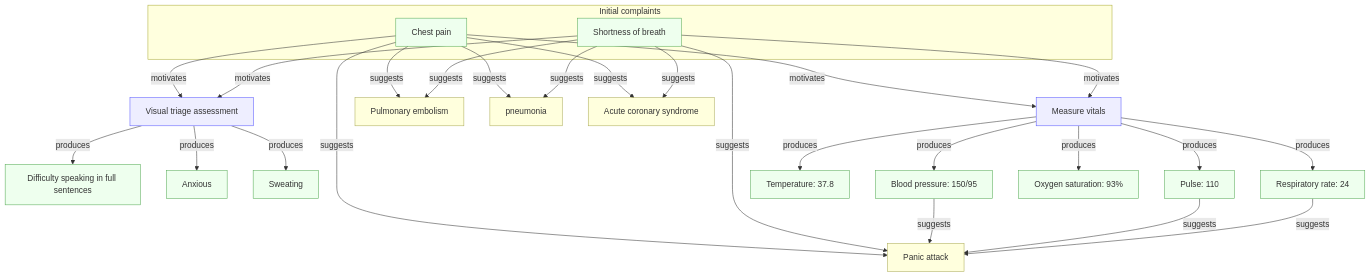
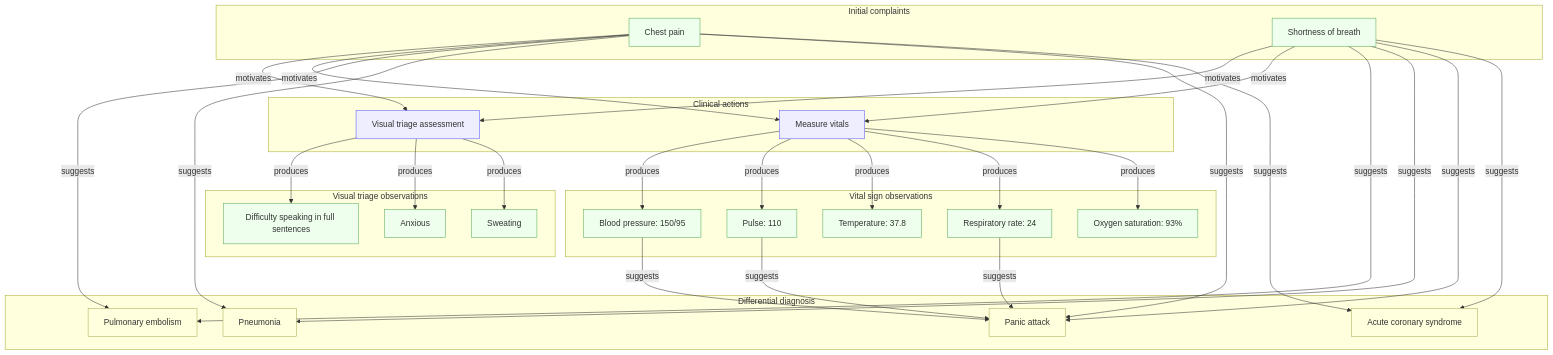
One commit to kahunacohen/why changed the diagram in diagrams/medical.mmd. Above: the diagram before and after it, drawn with Mermaid.

Commit message:
Refactor medical flowchart for clarity and structure

```diff
--- a/diagrams/medical.mmd
+++ b/diagrams/medical.mmd
@@ -1,76 +1,89 @@
 flowchart TD
 
-  %% Initial observations
+  %% =========================
+  %% INITIAL PRESENTATION
+  %% =========================
   subgraph initial["Initial complaints"]
     O1["Chest pain"]
     O2["Shortness of breath"]
   end
 
-  %% Actions
-  A1["Visual triage assessment"]
-  A2["Measure vitals"]
+  %% =========================
+  %% ACTIONS
+  %% =========================
+  subgraph actions["Clinical actions"]
+    A1["Visual triage assessment"]
+    A2["Measure vitals"]
+  end
 
-  O1 -->|motivates| A2 
+  %% Initial complaints motivate actions
+  O1 -->|motivates| A1
+  O2 -->|motivates| A1
+  O1 -->|motivates| A2
   O2 -->|motivates| A2
 
-  %% Visual triage observations (produced by A1)
-  O6["Difficulty speaking in full sentences"]
-  O7["Anxious"]
-  O8["Sweating"]
+  %% =========================
+  %% VISUAL TRIAGE OBSERVATIONS
+  %% =========================
+  subgraph visual["Visual triage observations"]
+    O6["Difficulty speaking in full sentences"]
+    O7["Anxious"]
+    O8["Sweating"]
+  end
 
-  %% Vital sign observations (produced by A2)
-  O3["Blood pressure: 150/95"]
-  O4["Pulse: 110"]
-  O5["Temperature: 37.8"]
-  O9["Respiratory rate: 24"]
-  O10["Oxygen saturation: 93%"]
-
-  %% Hypotheses
-  H1["Pulmonary embolism"]
-  H2["pneumonia"]
-  H3["Panic attack"]
-  H4["Acute coronary syndrome"]
-
-  %% Initial observations motivate actions
-  O1 -->|motivates| A1
-  O2 -->|motivates| A1
-
-  %% Actions produce observations
   A1 -->|produces| O6
   A1 -->|produces| O7
   A1 -->|produces| O8
+
+  %% =========================
+  %% VITAL SIGNS
+  %% =========================
+  subgraph vitals["Vital sign observations"]
+    O3["Blood pressure: 150/95"]
+    O4["Pulse: 110"]
+    O5["Temperature: 37.8"]
+    O9["Respiratory rate: 24"]
+    O10["Oxygen saturation: 93%"]
+  end
 
   A2 -->|produces| O3
   A2 -->|produces| O4
   A2 -->|produces| O5
   A2 -->|produces| O9
   A2 -->|produces| O10
 
-  %% Observations suggest hypotheses
-  %% chest pain can suggest all of these things.
+  %% =========================
+  %% HYPOTHESES
+  %% =========================
+  subgraph hypotheses["Differential diagnosis"]
+    H1["Pulmonary embolism"]
+    H2["Pneumonia"]
+    H3["Panic attack"]
+    H4["Acute coronary syndrome"]
+  end
+
+  %% Observations → hypotheses (unchanged semantics)
   O1 -->|suggests| H1
   O1 -->|suggests| H2
+  O1 -->|suggests| H3
   O1 -->|suggests| H4
-  O1 -->|suggests| H3
 
-  %% shortness of breath can also suggest all of these things.
   O2 -->|suggests| H1
   O2 -->|suggests| H2
+  O2 -->|suggests| H3
   O2 -->|suggests| H4
-  O2 -->|suggests| H3
 
-  %% What can suggest a panic attack?
   O3 -->|suggests| H3
-  O4 -->|suggests|H3
-  O9 -->|suggests|H3
+  O4 -->|suggests| H3
+  O9 -->|suggests| H3
 
-  %% Observations against hypotheses
-
-
+  %% =========================
+  %% STYLES
+  %% =========================
   classDef obs fill:#efe,stroke:#5a5
   classDef action fill:#eef,stroke:#55f
   classDef hyp fill:#ffd,stroke:#aa5
 
   class O1,O2,O3,O4,O5,O6,O7,O8,O9,O10 obs
   class A1,A2 action
   class H1,H2,H3,H4 hyp
```
